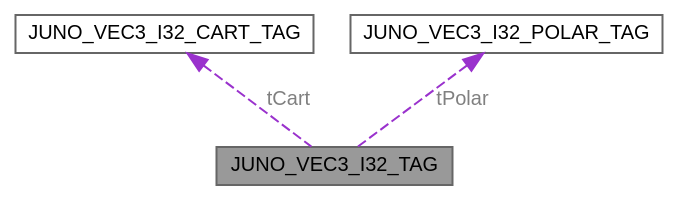
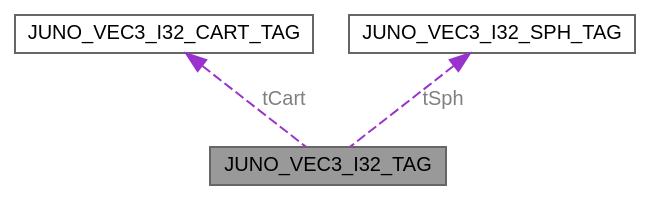
The diagram in unionJUNO__VEC3__I32__TAG__coll__graph.dot (robinonsay/libjuno), drawn with Graphviz before and after one commit. The commit also changed 241 other files, not shown here.

```diff
--- a/unionJUNO__VEC3__I32__TAG__coll__graph.dot
+++ b/unionJUNO__VEC3__I32__TAG__coll__graph.dot
@@ -1,12 +1,12 @@
 digraph "JUNO_VEC3_I32_TAG"
 {
  // LATEX_PDF_SIZE
   bgcolor="transparent";
   edge [fontname=Helvetica,fontsize=10,labelfontname=Helvetica,labelfontsize=10];
   node [fontname=Helvetica,fontsize=10,shape=box,height=0.2,width=0.4];
   Node1 [id="Node000001",label="JUNO_VEC3_I32_TAG",height=0.2,width=0.4,color="gray40", fillcolor="grey60", style="filled", fontcolor="black",tooltip="3D vector union supporting Cartesian, spherical, and array access (32-bit integer)."];
   Node2 -> Node1 [id="edge1_Node000001_Node000002",dir="back",color="darkorchid3",style="dashed",tooltip=" ",label=" tCart",fontcolor="grey" ];
   Node2 [id="Node000002",label="JUNO_VEC3_I32_CART_TAG",height=0.2,width=0.4,color="gray40", fillcolor="white", style="filled",URL="$structJUNO__VEC3__I32__CART__TAG.html",tooltip="3D vector in Cartesian coordinates (32-bit integer)."];
-  Node3 -> Node1 [id="edge2_Node000001_Node000003",dir="back",color="darkorchid3",style="dashed",tooltip=" ",label=" tPolar",fontcolor="grey" ];
-  Node3 [id="Node000003",label="JUNO_VEC3_I32_POLAR_TAG",height=0.2,width=0.4,color="gray40", fillcolor="white", style="filled",URL="$structJUNO__VEC3__I32__POLAR__TAG.html",tooltip="3D vector in spherical coordinates (32-bit integer)."];
+  Node3 -> Node1 [id="edge2_Node000001_Node000003",dir="back",color="darkorchid3",style="dashed",tooltip=" ",label=" tSph",fontcolor="grey" ];
+  Node3 [id="Node000003",label="JUNO_VEC3_I32_SPH_TAG",height=0.2,width=0.4,color="gray40", fillcolor="white", style="filled",URL="$structJUNO__VEC3__I32__SPH__TAG.html",tooltip="3D vector in spherical coordinates (32-bit integer)."];
 }
```
